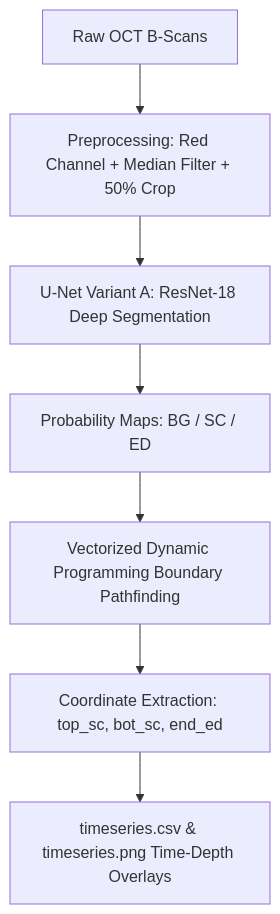
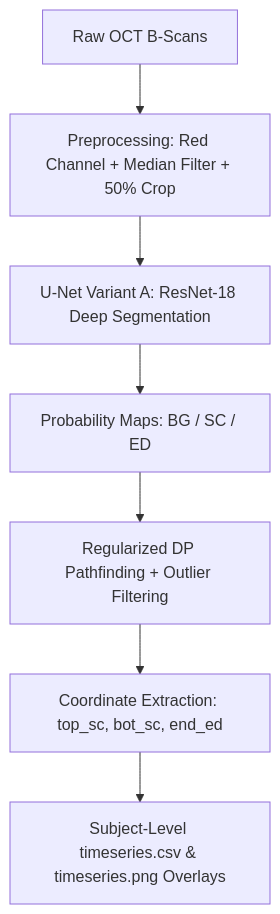
One commit to Corneliox/OCT_Analyzer changed the diagram in README.md. Above: the diagram before and after it, drawn with Mermaid. The commit also changed other lines of this file and 6 other files, not shown here.

Commit message:
feat(v2.1.0): subject-level batch output, spike-free ED boundary extraction, and Windows 10/11 responsive UI

````diff
--- a/README.md
+++ b/README.md
@@ -53,9 +93,9 @@
 ```mermaid
 flowchart TD
     A[Raw OCT B-Scans] --> B[Preprocessing: Red Channel + Median Filter + 50% Crop]
     B --> C[U-Net Variant A: ResNet-18 Deep Segmentation]
     C --> D[Probability Maps: BG / SC / ED]
-    D --> E[Vectorized Dynamic Programming Boundary Pathfinding]
+    D --> E[Regularized DP Pathfinding + Outlier Filtering]
     E --> F[Coordinate Extraction: top_sc, bot_sc, end_ed]
-    F --> G[timeseries.csv & timeseries.png Time-Depth Overlays]
+    F --> G[Subject-Level timeseries.csv & timeseries.png Overlays]
 ```
````
